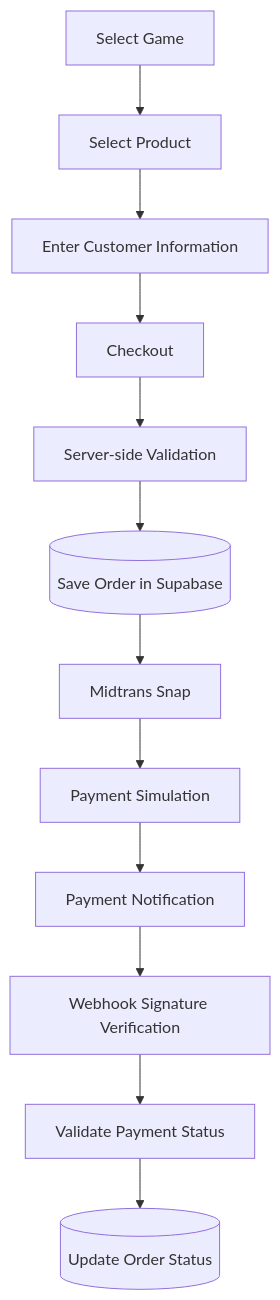
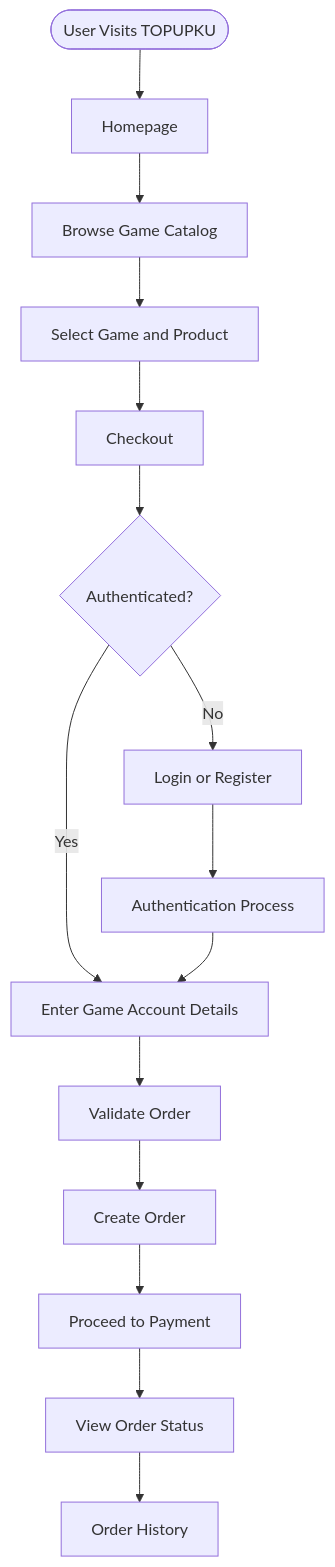
The second of 8 diagrams in README.md (imammularif/topupku), drawn with Mermaid before and after one commit. The commit also changed other lines of this file, not shown here.

````diff
--- a/README.md
+++ b/README.md
@@ -308,14 +311,20 @@
 ```mermaid
 flowchart TD
-    A["Select Game"] --> B["Select Product"]
-    B --> C["Enter Customer Information"]
-    C --> D["Checkout"]
-    D --> E["Server-side Validation"]
-    E --> F[("Save Order in Supabase")]
-    F --> G["Midtrans Snap"]
-    G --> H["Payment Simulation"]
-    H --> I["Payment Notification"]
-    I --> J["Webhook Signature Verification"]
-    J --> K["Validate Payment Status"]
-    K --> L[("Update Order Status")]
+    A([User Visits TOPUPKU]) --> B["Homepage"]
+    B --> C["Browse Game Catalog"]
+    C --> D["Select Game and Product"]
+    D --> E["Checkout"]
+
+    E --> F{"Authenticated?"}
+    F -->|No| G["Login or Register"]
+    F -->|Yes| H["Enter Game Account Details"]
+
+    G --> I["Authentication Process"]
+    I --> H
+
+    H --> J["Validate Order"]
+    J --> K["Create Order"]
+    K --> L["Proceed to Payment"]
+    L --> M["View Order Status"]
+    M --> N["Order History"]
 ```
````
